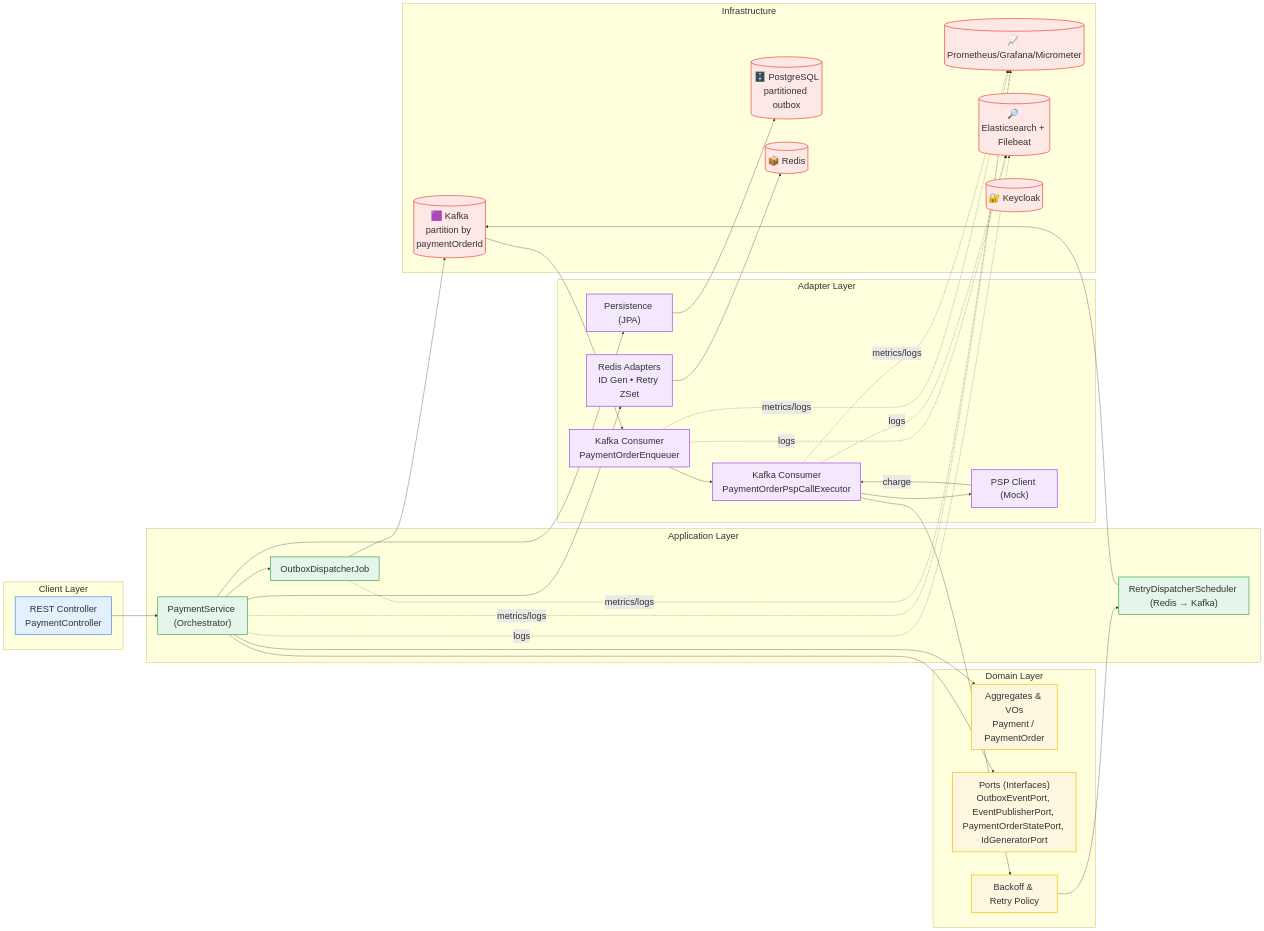
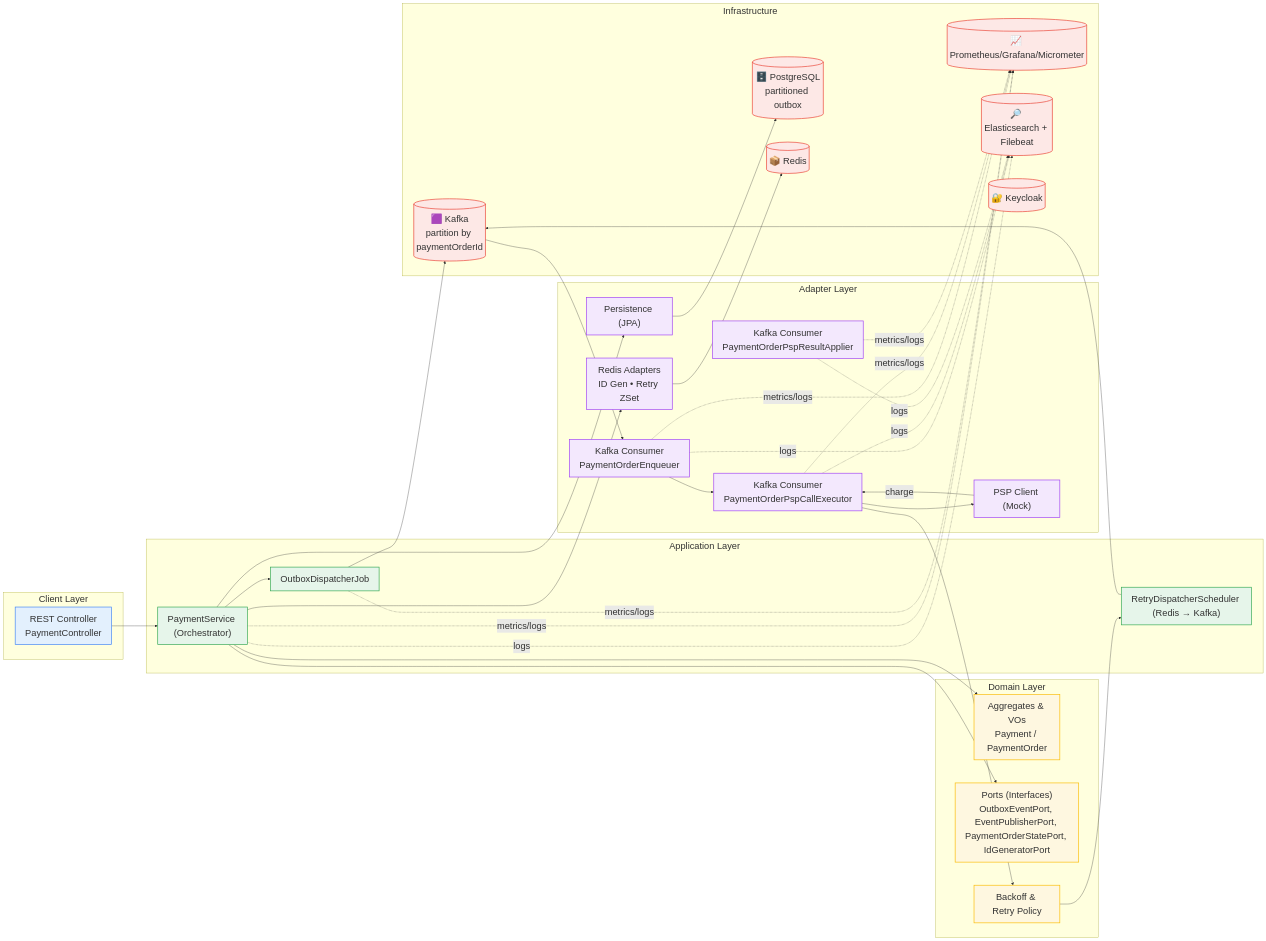
The diagram in README.md (dcaglar/ecommerce-platform-kotlin), drawn with Mermaid before and after one commit. The commit also changed other lines of this file and 2 other files, not shown here.

````diff
--- a/README.md
+++ b/README.md
@@ -32,72 +32,75 @@
 ```mermaid
 %%{init: { 
   "themeVariables": { "fontSize": "28px", "nodeTextSize": "28px" }, 
   "flowchart": { "nodeSpacing": 70, "rankSpacing": 70 },
   "theme": "default"
 }}%%
 flowchart LR
     classDef controller fill: #e3f0fd, stroke: #4285F4, stroke-width: 2px;
     classDef service fill: #e6f5ea, stroke: #34A853, stroke-width: 2px;
     classDef domain fill: #fef7e0, stroke: #FBBC05, stroke-width: 2px;
     classDef adapter fill: #f3e8fd, stroke: #A142F4, stroke-width: 2px;
     classDef infra fill: #fde8e6, stroke: #EA4335, stroke-width: 2px;
     subgraph Client ["Client Layer"]
         A["REST Controller<br/>PaymentController"]:::controller
     end
 
     subgraph App ["Application Layer"]
         B["PaymentService (Orchestrator)"]:::service
         D["OutboxDispatcherJob"]:::service
         M["RetryDispatcherScheduler (Redis → Kafka)"]:::service
     end
 
     subgraph Domain ["Domain Layer"]
         F["Aggregates & VOs<br/>Payment / PaymentOrder"]:::domain
         G["Ports (Interfaces)<br/>OutboxEventPort, EventPublisherPort, PaymentOrderStatePort, IdGeneratorPort"]:::domain
         H["Backoff & Retry Policy"]:::domain
     end
 
     subgraph Adapter ["Adapter Layer"]
         I["Persistence (JPA)"]:::adapter
         J["Redis Adapters<br/>ID Gen • Retry ZSet"]:::adapter
         K1["Kafka Consumer<br/>PaymentOrderEnqueuer"]:::adapter
         K2["Kafka Consumer<br/>PaymentOrderPspCallExecutor"]:::adapter
+        K3["Kafka Consumer<br/>PaymentOrderPspResultApplier"]:::adapter
         N["PSP Client (Mock)"]:::adapter
     end
 
 subgraph Infra ["Infrastructure"]
 DB[(🗄️ PostgreSQL<br/>partitioned outbox)]:::infra
 REDIS[(📦 Redis)]:::infra
 KAFKA[(🟪 Kafka<br/>partition by paymentOrderId)]:::infra
 PROM[(📈 Prometheus/Grafana/Micrometer)]:::infra
 ELK[(🔎 Elasticsearch + Filebeat)]:::infra
 KEYC[(🔐 Keycloak)]:::infra
 end
 
 A --> B
 B --> I
 B --> J
 B --> D
 D --> KAFKA
 B --> F
 B --> G
 M --> KAFKA
 
 KAFKA --> K1
 K1 --> K2
 K2 --> N
 K2 --> H
 H --> M
 
 I --> DB
 J --> REDIS
 N -->|charge|K2
 
 B -. metrics/logs .-> PROM
 K1 -. metrics/logs .-> PROM
 K2 -. metrics/logs .-> PROM
+    K3 -. metrics/logs .-> PROM
 D -. metrics/logs .-> PROM
 B -. logs .-> ELK
 K1 -. logs .-> ELK
 K2 -. logs .-> ELK
+    K3 -. logs .-> ELK
 ```
````
